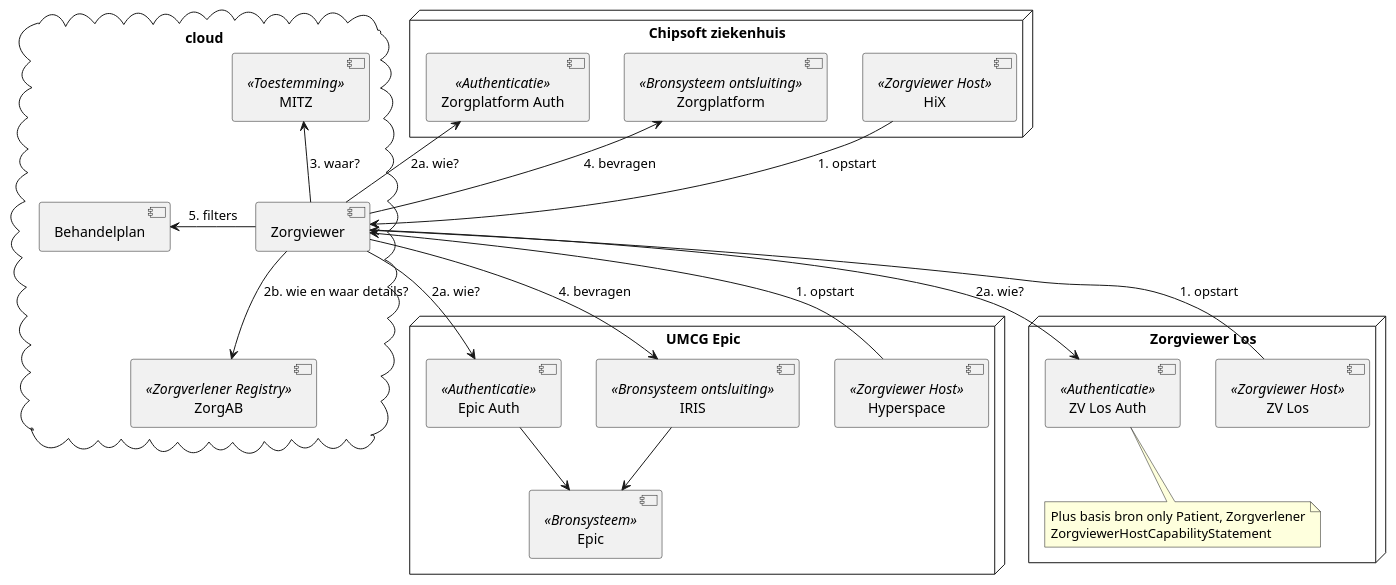
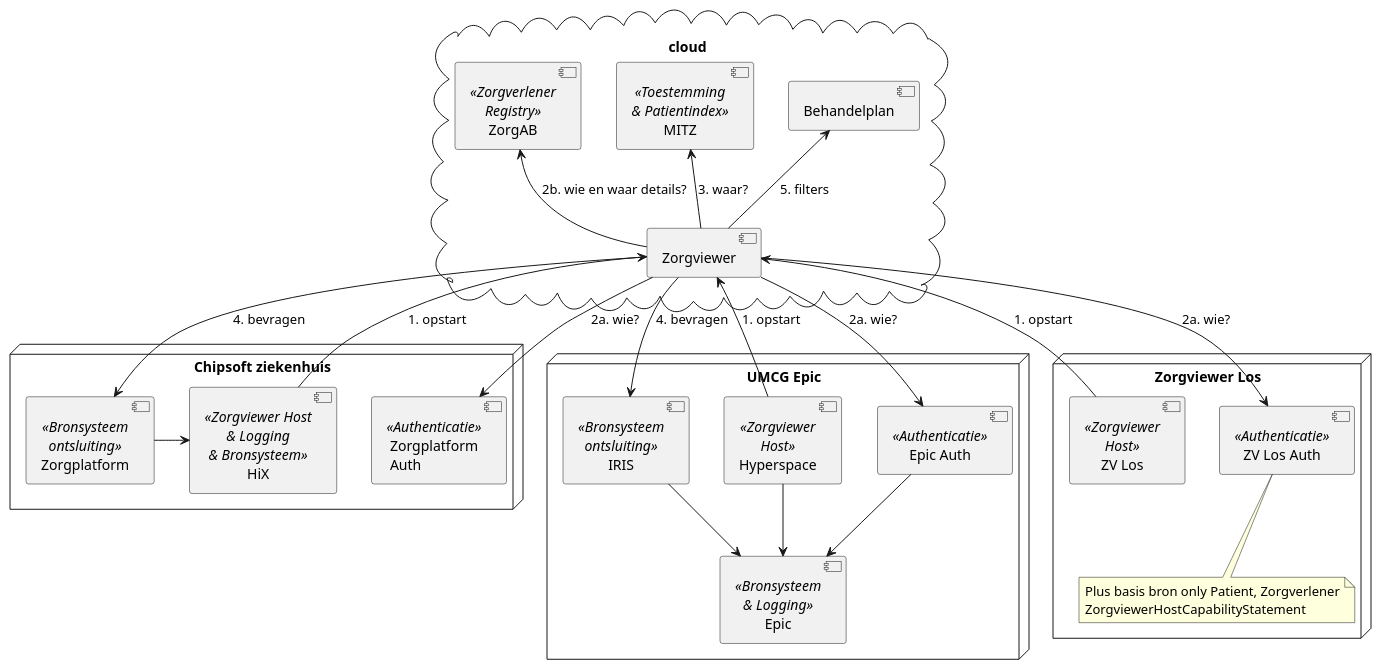
Before and after one commit to RIVO-Noord/zorgviewer-ig: the diagram in input/images-source/Zorgviewer-comp-1.plantuml, drawn with PlantUML. The commit also changed 3 other files, not shown here.

```diff
--- a/input/images-source/Zorgviewer-comp-1.plantuml
+++ b/input/images-source/Zorgviewer-comp-1.plantuml
@@ -1,43 +1,45 @@
 @startuml
 
+cloud "cloud" {
+ [Zorgviewer]
+ [Behandelplan]
+ [MITZ] <<Toestemming\n& Patientindex>>
+ [ZorgAB] <<Zorgverlener\nRegistry>>
+}
+
 node "UMCG Epic" {
- [Hyperspace] <<Zorgviewer Host>>
+ [Hyperspace] <<Zorgviewer\nHost>>
  [Epic Auth] <<Authenticatie>>
- [IRIS] <<Bronsysteem ontsluiting>>
- [Epic] <<Bronsysteem>>
+ [IRIS] <<Bronsysteem\nontsluiting>>
+ [Epic] <<Bronsysteem\n& Logging>>
+ [Hyperspace]-->[Epic]
  [IRIS]-->[Epic]
  [Epic Auth]-->[Epic]
 }
 
-cloud "cloud" {
- [Zorgviewer]
- [Behandelplan]
- [MITZ] <<Toestemming>>
- [ZorgAB] <<Zorgverlener Registry>>
-}
-
 node "Chipsoft ziekenhuis" {
- [HiX] <<Zorgviewer Host>>
- [Zorgplatform Auth] <<Authenticatie>>
- [Zorgplatform] <<Bronsysteem ontsluiting>>
+ [HiX] <<Zorgviewer Host\n& Logging\n& Bronsysteem>>
+ [Zorgplatform\nAuth] <<Authenticatie>>
+ [Zorgplatform] <<Bronsysteem\nontsluiting>>
+ [Zorgplatform]->[HiX]
 }
 
 node "Zorgviewer Los" {
- [ZV Los] <<Zorgviewer Host>>
+ [ZV Los] <<Zorgviewer\nHost>>
  [ZV Los Auth] <<Authenticatie>>
  note bottom of [ZV Los Auth] : Plus basis bron only Patient, Zorgverlener\nZorgviewerHostCapabilityStatement
 }
 
-[Hyperspace]-->[Zorgviewer] :  1. opstart
-[HiX]-->[Zorgviewer] : 1. opstart
-[ZV Los]-->[Zorgviewer] : 1. opstart
-[Zorgviewer]-->[Epic Auth] : 2a. wie?
-[Zorgviewer]-->[ZV Los Auth] : 2a. wie?
-[Zorgviewer]-->[Zorgplatform Auth] : 2a. wie?
-[Zorgviewer]-->[ZorgAB] : 2b. wie en waar details?
+[Hyperspace]-u->[Zorgviewer] :  1. opstart
+[HiX]-u->[Zorgviewer] : 1. opstart
+[ZV Los]-u->[Zorgviewer] : 1. opstart
+[Zorgviewer]-d->[Epic Auth] : 2a. wie?
+[Zorgviewer]-d->[ZV Los Auth] : 2a. wie?
+[Zorgviewer]-d->[Zorgplatform\nAuth] : 2a. wie?
+[Zorgviewer]-u->[ZorgAB] : 2b. wie en waar details?
 [Zorgviewer]-u->[MITZ] : 3. waar?
-[Zorgviewer]-u->[Zorgplatform] : 4. bevragen
-[Zorgviewer]-->[IRIS] : 4. bevragen
-[Zorgviewer]-l->[Behandelplan] : 5. filters
+[Zorgviewer]->[Zorgplatform] : 4. bevragen
+[Zorgviewer]->[IRIS] : 4. bevragen
+[Zorgviewer]-u->[Behandelplan] : 5. filters
 
 @enduml
```
